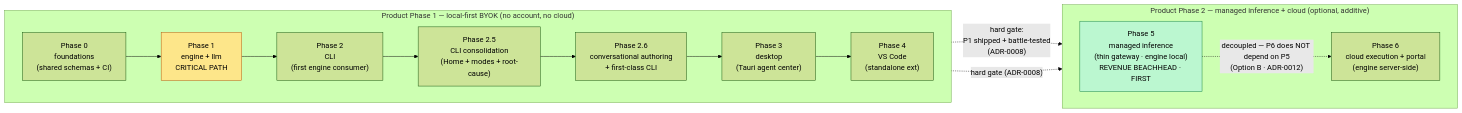
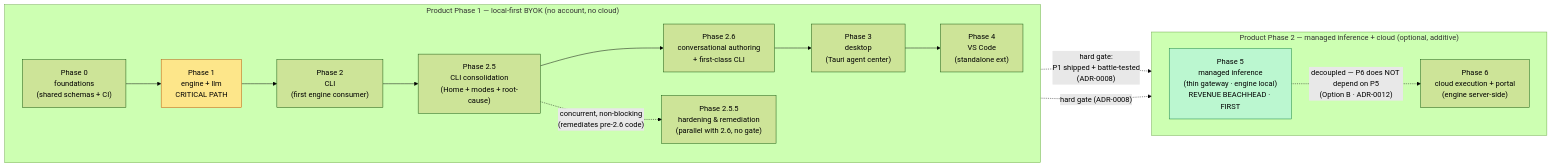
The first of 2 diagrams in docs/roadmap/README.md (HodeTech/Relavium), drawn with Mermaid (forest theme) before and after one commit. The commit also changed other lines of this file and 5 other files, not shown here.

````diff
--- a/docs/roadmap/README.md
+++ b/docs/roadmap/README.md
@@ -84,27 +84,29 @@
 ```mermaid
 flowchart LR
     subgraph P1["Product Phase 1 — local-first BYOK (no account, no cloud)"]
         direction LR
         P0["Phase 0<br/>foundations<br/>(shared schemas + CI)"]
         P1E["Phase 1<br/>engine + llm<br/>CRITICAL PATH"]
         P2["Phase 2<br/>CLI<br/>(first engine consumer)"]
         P25["Phase 2.5<br/>CLI consolidation<br/>(Home + modes + root-cause)"]
+        P255["Phase 2.5.5<br/>hardening & remediation<br/>(parallel with 2.6, no gate)"]
         P26["Phase 2.6<br/>conversational authoring<br/>+ first-class CLI"]
         P3["Phase 3<br/>desktop<br/>(Tauri agent center)"]
         P4["Phase 4<br/>VS Code<br/>(standalone ext)"]
         P0 --> P1E --> P2 --> P25 --> P26 --> P3 --> P4
+        P25 -. "concurrent, non-blocking<br/>(remediates pre-2.6 code)" .-> P255
     end
     subgraph P2C["Product Phase 2 — managed inference + cloud (optional, additive)"]
         direction LR
         P5["Phase 5<br/>managed inference<br/>(thin gateway · engine local)<br/>REVENUE BEACHHEAD · FIRST"]
         P6["Phase 6<br/>cloud execution + portal<br/>(engine server-side)"]
     end
     P4 -. "hard gate:<br/>P1 shipped + battle-tested<br/>(ADR-0008)" .-> P5
     P4 -. "hard gate (ADR-0008)" .-> P6
     P5 -. "decoupled — P6 does NOT depend on P5<br/>(Option B · ADR-0012)" .-> P6
 
     classDef crit fill:#fde68a,stroke:#b45309,color:#000;
     classDef rev fill:#bbf7d0,stroke:#15803d,color:#000;
     class P1E crit;
     class P5 rev;
 ```
````
